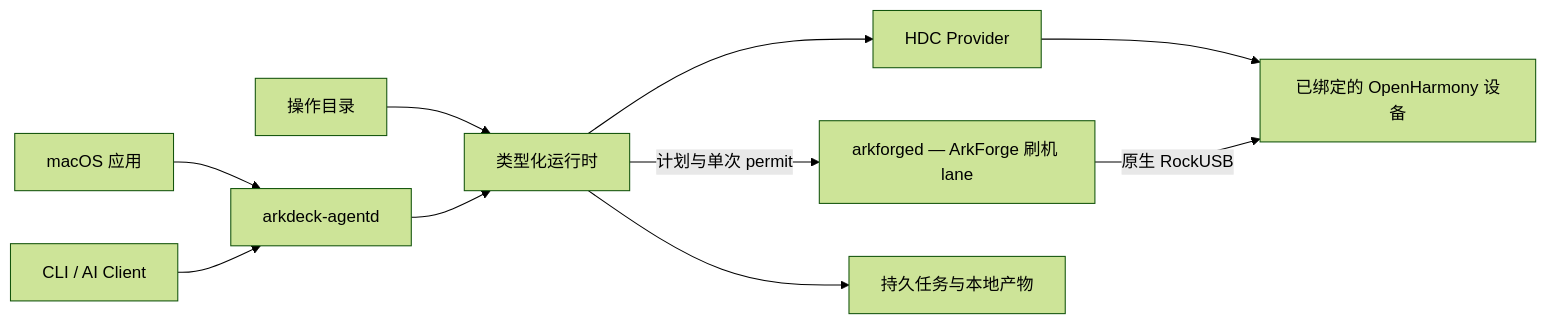
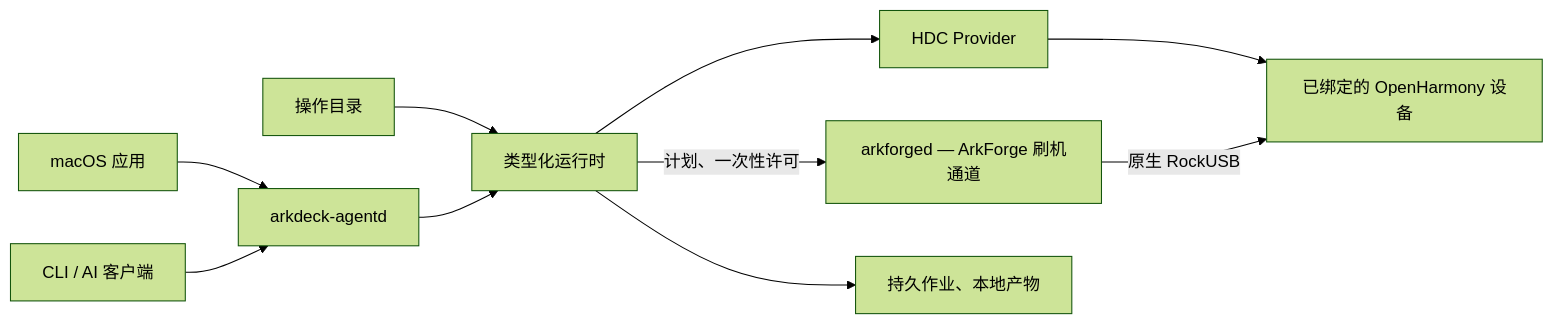
Before and after one commit to ArkDeck/ArkDeck: the diagram in README.zh-CN.md, drawn with Mermaid (forest theme). The commit also changed other lines of this file and 1 other file, not shown here.

````diff
--- a/README.zh-CN.md
+++ b/README.zh-CN.md
@@ -72,12 +106,12 @@
 ```mermaid
 flowchart LR
     APP["macOS 应用"] --> DAEMON["arkdeck-agentd"]
-    CLIENT["CLI / AI Client"] --> DAEMON
+    CLIENT["CLI / AI 客户端"] --> DAEMON
     CATALOG["操作目录"] --> RUNTIME["类型化运行时"]
     DAEMON --> RUNTIME
     RUNTIME --> PROVIDERS["HDC Provider"]
     PROVIDERS --> DEVICE["已绑定的 OpenHarmony 设备"]
-    RUNTIME -->|"计划与单次 permit"| LANE["arkforged — ArkForge 刷机 lane"]
+    RUNTIME -->|"计划、一次性许可"| LANE["arkforged — ArkForge 刷机通道"]
     LANE -->|"原生 RockUSB"| DEVICE
-    RUNTIME --> STORE["持久任务与本地产物"]
+    RUNTIME --> STORE["持久作业、本地产物"]
 ```
````
